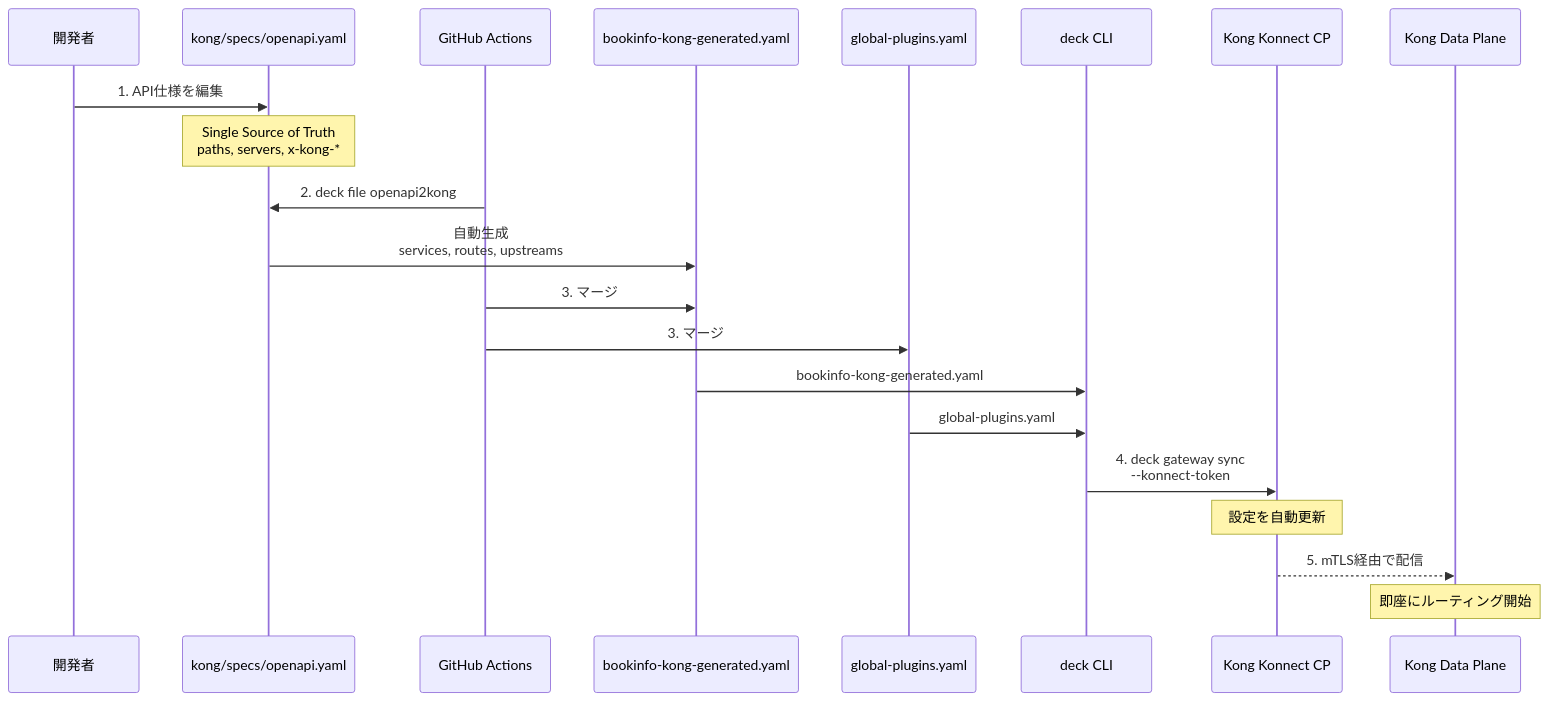
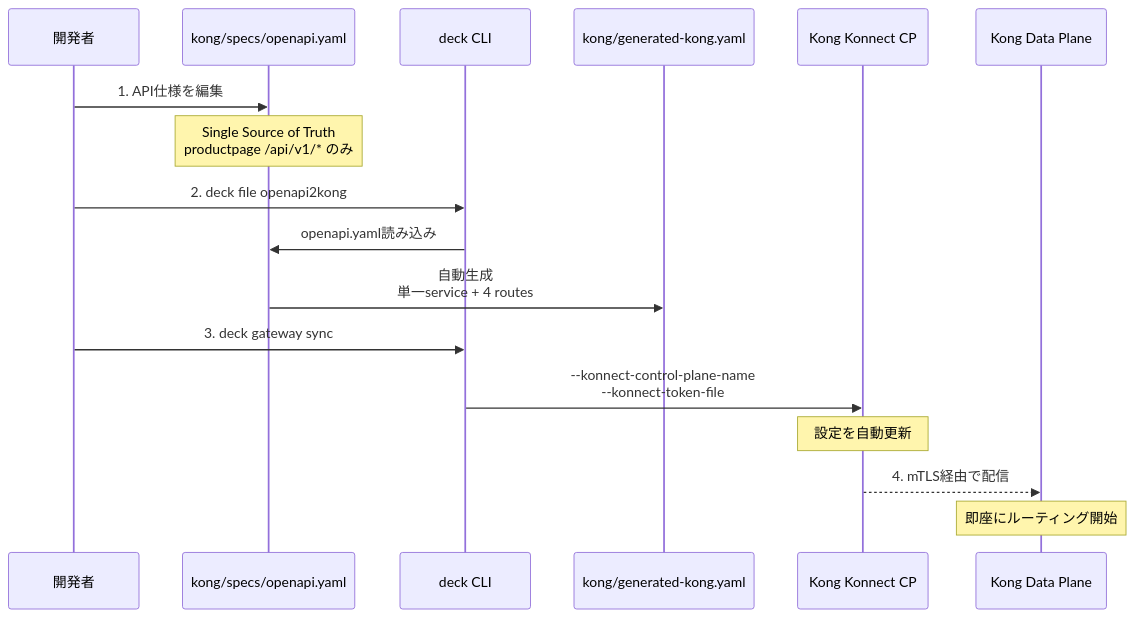
Before and after one commit to ftuajii/kong-work: the second of 6 diagrams in ARCHITECTURE.md, drawn with Mermaid. The commit also changed other lines of this file and 2 other files, not shown here.

Commit message:
ARCHITECTURE.mdとREADME.mdを更新し、Kongが管理するエンドポイントの明確化とテストリクエストスクリプトの修正を行いました。send-test-requests.shでは、成功リクエストの数を調整し、詳細エンドポイントへのリクエストを削除しました。

````diff
--- a/ARCHITECTURE.md
+++ b/ARCHITECTURE.md
@@ -85,28 +86,23 @@
 ```mermaid
 sequenceDiagram
     participant Dev as 開発者
     participant OpenAPI as kong/specs/openapi.yaml
-    participant CI as GitHub Actions
-    participant Generated as bookinfo-kong-generated.yaml
-    participant Plugins as global-plugins.yaml
     participant Deck as deck CLI
+    participant Generated as kong/generated-kong.yaml
     participant Konnect as Kong Konnect CP
     participant DP as Kong Data Plane
 
     Dev->>OpenAPI: 1. API仕様を編集
-    Note over OpenAPI: Single Source of Truth<br/>paths, servers, x-kong-*
+    Note over OpenAPI: Single Source of Truth<br/>productpage /api/v1/* のみ
 
-    CI->>OpenAPI: 2. deck file openapi2kong
-    OpenAPI->>Generated: 自動生成<br/>services, routes, upstreams
+    Dev->>Deck: 2. deck file openapi2kong
+    Deck->>OpenAPI: openapi.yaml読み込み
+    OpenAPI->>Generated: 自動生成<br/>単一service + 4 routes
 
-    CI->>Generated: 3. マージ
-    CI->>Plugins: 3. マージ
-    Generated->>Deck: bookinfo-kong-generated.yaml
-    Plugins->>Deck: global-plugins.yaml
-
-    Deck->>Konnect: 4. deck gateway sync<br/>--konnect-token
+    Dev->>Deck: 3. deck gateway sync
+    Deck->>Konnect: --konnect-control-plane-name<br/>--konnect-token-file
     Note over Konnect: 設定を自動更新
 
-    Konnect-->>DP: 5. mTLS経由で配信
+    Konnect-->>DP: 4. mTLS経由で配信
     Note over DP: 即座にルーティング開始
 ```
````
